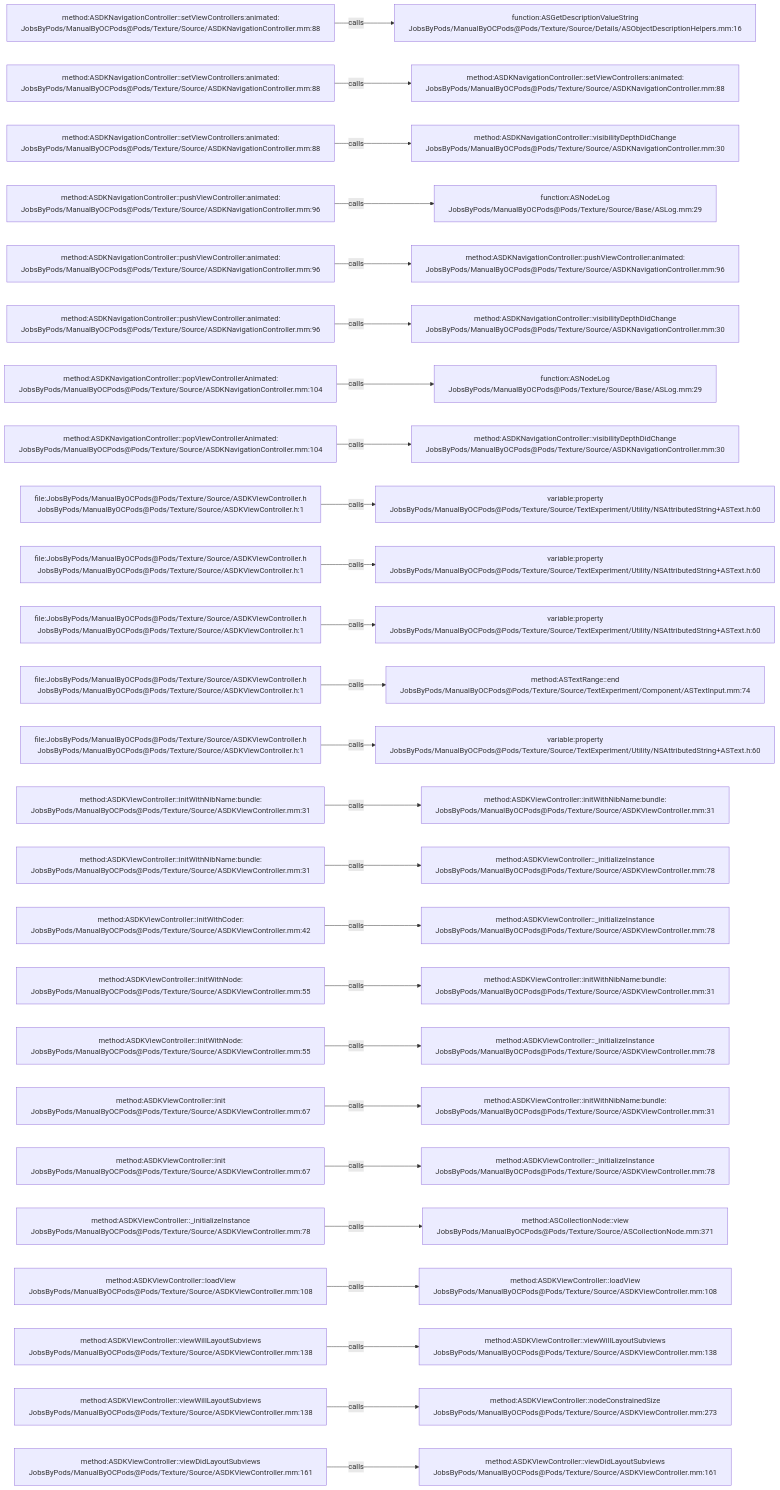
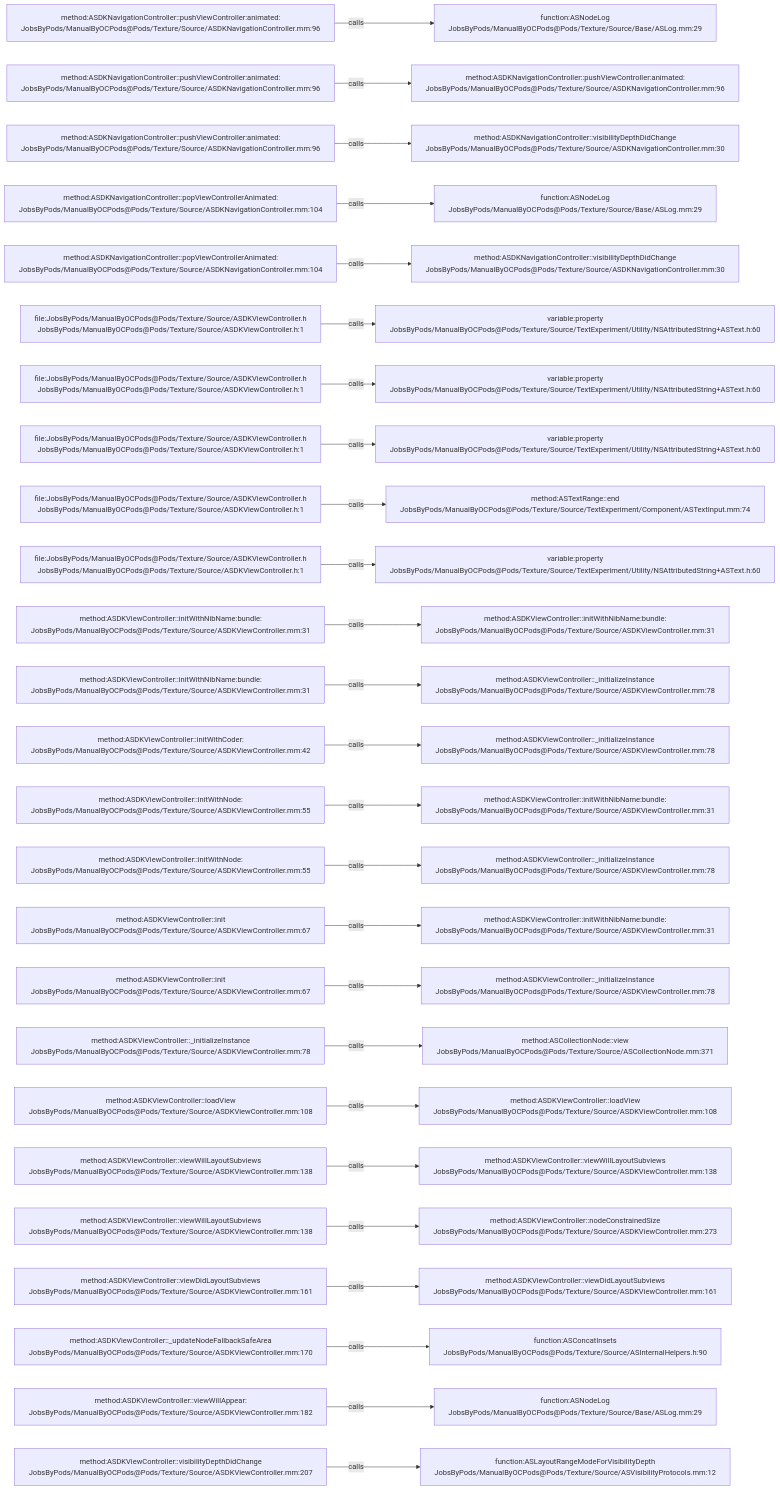
The diagram in .codegraph/codegraph.md/graphs/calls-090.md (JobsKits/JobsOCBaseConfigDemo), drawn with Mermaid before and after one commit. The commit also changed 342 other files, not shown here.

````diff
--- a/.codegraph/codegraph.md/graphs/calls-090.md
+++ b/.codegraph/codegraph.md/graphs/calls-090.md
@@ -13,78 +13,78 @@
 ```mermaid
 flowchart LR
-  S1["method:ASDKNavigationController::setViewControllers:animated:<br/>JobsByPods/ManualByOCPods@Pods/Texture/Source/ASDKNavigationController.mm:88"]
-  T1["function:ASGetDescriptionValueString<br/>JobsByPods/ManualByOCPods@Pods/Texture/Source/Details/ASObjectDescriptionHelpers.mm:16"]
+  S1["method:ASDKNavigationController::pushViewController:animated:<br/>JobsByPods/ManualByOCPods@Pods/Texture/Source/ASDKNavigationController.mm:96"]
+  T1["function:ASNodeLog<br/>JobsByPods/ManualByOCPods@Pods/Texture/Source/Base/ASLog.mm:29"]
   S1 -->|calls| T1
-  S2["method:ASDKNavigationController::setViewControllers:animated:<br/>JobsByPods/ManualByOCPods@Pods/Texture/Source/ASDKNavigationController.mm:88"]
-  T2["method:ASDKNavigationController::setViewControllers:animated:<br/>JobsByPods/ManualByOCPods@Pods/Texture/Source/ASDKNavigationController.mm:88"]
+  S2["method:ASDKNavigationController::pushViewController:animated:<br/>JobsByPods/ManualByOCPods@Pods/Texture/Source/ASDKNavigationController.mm:96"]
+  T2["method:ASDKNavigationController::pushViewController:animated:<br/>JobsByPods/ManualByOCPods@Pods/Texture/Source/ASDKNavigationController.mm:96"]
   S2 -->|calls| T2
-  S3["method:ASDKNavigationController::setViewControllers:animated:<br/>JobsByPods/ManualByOCPods@Pods/Texture/Source/ASDKNavigationController.mm:88"]
+  S3["method:ASDKNavigationController::pushViewController:animated:<br/>JobsByPods/ManualByOCPods@Pods/Texture/Source/ASDKNavigationController.mm:96"]
   T3["method:ASDKNavigationController::visibilityDepthDidChange<br/>JobsByPods/ManualByOCPods@Pods/Texture/Source/ASDKNavigationController.mm:30"]
   S3 -->|calls| T3
-  S4["method:ASDKNavigationController::pushViewController:animated:<br/>JobsByPods/ManualByOCPods@Pods/Texture/Source/ASDKNavigationController.mm:96"]
+  S4["method:ASDKNavigationController::popViewControllerAnimated:<br/>JobsByPods/ManualByOCPods@Pods/Texture/Source/ASDKNavigationController.mm:104"]
   T4["function:ASNodeLog<br/>JobsByPods/ManualByOCPods@Pods/Texture/Source/Base/ASLog.mm:29"]
   S4 -->|calls| T4
-  S5["method:ASDKNavigationController::pushViewController:animated:<br/>JobsByPods/ManualByOCPods@Pods/Texture/Source/ASDKNavigationController.mm:96"]
-  T5["method:ASDKNavigationController::pushViewController:animated:<br/>JobsByPods/ManualByOCPods@Pods/Texture/Source/ASDKNavigationController.mm:96"]
+  S5["method:ASDKNavigationController::popViewControllerAnimated:<br/>JobsByPods/ManualByOCPods@Pods/Texture/Source/ASDKNavigationController.mm:104"]
+  T5["method:ASDKNavigationController::visibilityDepthDidChange<br/>JobsByPods/ManualByOCPods@Pods/Texture/Source/ASDKNavigationController.mm:30"]
   S5 -->|calls| T5
-  S6["method:ASDKNavigationController::pushViewController:animated:<br/>JobsByPods/ManualByOCPods@Pods/Texture/Source/ASDKNavigationController.mm:96"]
-  T6["method:ASDKNavigationController::visibilityDepthDidChange<br/>JobsByPods/ManualByOCPods@Pods/Texture/Source/ASDKNavigationController.mm:30"]
+  S6["file:JobsByPods/ManualByOCPods@Pods/Texture/Source/ASDKViewController.h<br/>JobsByPods/ManualByOCPods@Pods/Texture/Source/ASDKViewController.h:1"]
+  T6["variable:property<br/>JobsByPods/ManualByOCPods@Pods/Texture/Source/TextExperiment/Utility/NSAttributedString+ASText.h:60"]
   S6 -->|calls| T6
-  S7["method:ASDKNavigationController::popViewControllerAnimated:<br/>JobsByPods/ManualByOCPods@Pods/Texture/Source/ASDKNavigationController.mm:104"]
-  T7["function:ASNodeLog<br/>JobsByPods/ManualByOCPods@Pods/Texture/Source/Base/ASLog.mm:29"]
+  S7["file:JobsByPods/ManualByOCPods@Pods/Texture/Source/ASDKViewController.h<br/>JobsByPods/ManualByOCPods@Pods/Texture/Source/ASDKViewController.h:1"]
+  T7["variable:property<br/>JobsByPods/ManualByOCPods@Pods/Texture/Source/TextExperiment/Utility/NSAttributedString+ASText.h:60"]
   S7 -->|calls| T7
-  S8["method:ASDKNavigationController::popViewControllerAnimated:<br/>JobsByPods/ManualByOCPods@Pods/Texture/Source/ASDKNavigationController.mm:104"]
-  T8["method:ASDKNavigationController::visibilityDepthDidChange<br/>JobsByPods/ManualByOCPods@Pods/Texture/Source/ASDKNavigationController.mm:30"]
+  S8["file:JobsByPods/ManualByOCPods@Pods/Texture/Source/ASDKViewController.h<br/>JobsByPods/ManualByOCPods@Pods/Texture/Source/ASDKViewController.h:1"]
+  T8["variable:property<br/>JobsByPods/ManualByOCPods@Pods/Texture/Source/TextExperiment/Utility/NSAttributedString+ASText.h:60"]
   S8 -->|calls| T8
   S9["file:JobsByPods/ManualByOCPods@Pods/Texture/Source/ASDKViewController.h<br/>JobsByPods/ManualByOCPods@Pods/Texture/Source/ASDKViewController.h:1"]
-  T9["variable:property<br/>JobsByPods/ManualByOCPods@Pods/Texture/Source/TextExperiment/Utility/NSAttributedString+ASText.h:60"]
+  T9["method:ASTextRange::end<br/>JobsByPods/ManualByOCPods@Pods/Texture/Source/TextExperiment/Component/ASTextInput.mm:74"]
   S9 -->|calls| T9
   S10["file:JobsByPods/ManualByOCPods@Pods/Texture/Source/ASDKViewController.h<br/>JobsByPods/ManualByOCPods@Pods/Texture/Source/ASDKViewController.h:1"]
   T10["variable:property<br/>JobsByPods/ManualByOCPods@Pods/Texture/Source/TextExperiment/Utility/NSAttributedString+ASText.h:60"]
   S10 -->|calls| T10
-  S11["file:JobsByPods/ManualByOCPods@Pods/Texture/Source/ASDKViewController.h<br/>JobsByPods/ManualByOCPods@Pods/Texture/Source/ASDKViewController.h:1"]
-  T11["variable:property<br/>JobsByPods/ManualByOCPods@Pods/Texture/Source/TextExperiment/Utility/NSAttributedString+ASText.h:60"]
+  S11["method:ASDKViewController::initWithNibName:bundle:<br/>JobsByPods/ManualByOCPods@Pods/Texture/Source/ASDKViewController.mm:31"]
+  T11["method:ASDKViewController::initWithNibName:bundle:<br/>JobsByPods/ManualByOCPods@Pods/Texture/Source/ASDKViewController.mm:31"]
   S11 -->|calls| T11
-  S12["file:JobsByPods/ManualByOCPods@Pods/Texture/Source/ASDKViewController.h<br/>JobsByPods/ManualByOCPods@Pods/Texture/Source/ASDKViewController.h:1"]
-  T12["method:ASTextRange::end<br/>JobsByPods/ManualByOCPods@Pods/Texture/Source/TextExperiment/Component/ASTextInput.mm:74"]
+  S12["method:ASDKViewController::initWithNibName:bundle:<br/>JobsByPods/ManualByOCPods@Pods/Texture/Source/ASDKViewController.mm:31"]
+  T12["method:ASDKViewController::_initializeInstance<br/>JobsByPods/ManualByOCPods@Pods/Texture/Source/ASDKViewController.mm:78"]
   S12 -->|calls| T12
-  S13["file:JobsByPods/ManualByOCPods@Pods/Texture/Source/ASDKViewController.h<br/>JobsByPods/ManualByOCPods@Pods/Texture/Source/ASDKViewController.h:1"]
-  T13["variable:property<br/>JobsByPods/ManualByOCPods@Pods/Texture/Source/TextExperiment/Utility/NSAttributedString+ASText.h:60"]
+  S13["method:ASDKViewController::initWithCoder:<br/>JobsByPods/ManualByOCPods@Pods/Texture/Source/ASDKViewController.mm:42"]
+  T13["method:ASDKViewController::_initializeInstance<br/>JobsByPods/ManualByOCPods@Pods/Texture/Source/ASDKViewController.mm:78"]
   S13 -->|calls| T13
-  S14["method:ASDKViewController::initWithNibName:bundle:<br/>JobsByPods/ManualByOCPods@Pods/Texture/Source/ASDKViewController.mm:31"]
+  S14["method:ASDKViewController::initWithNode:<br/>JobsByPods/ManualByOCPods@Pods/Texture/Source/ASDKViewController.mm:55"]
   T14["method:ASDKViewController::initWithNibName:bundle:<br/>JobsByPods/ManualByOCPods@Pods/Texture/Source/ASDKViewController.mm:31"]
   S14 -->|calls| T14
-  S15["method:ASDKViewController::initWithNibName:bundle:<br/>JobsByPods/ManualByOCPods@Pods/Texture/Source/ASDKViewController.mm:31"]
+  S15["method:ASDKViewController::initWithNode:<br/>JobsByPods/ManualByOCPods@Pods/Texture/Source/ASDKViewController.mm:55"]
   T15["method:ASDKViewController::_initializeInstance<br/>JobsByPods/ManualByOCPods@Pods/Texture/Source/ASDKViewController.mm:78"]
   S15 -->|calls| T15
-  S16["method:ASDKViewController::initWithCoder:<br/>JobsByPods/ManualByOCPods@Pods/Texture/Source/ASDKViewController.mm:42"]
-  T16["method:ASDKViewController::_initializeInstance<br/>JobsByPods/ManualByOCPods@Pods/Texture/Source/ASDKViewController.mm:78"]
+  S16["method:ASDKViewController::init<br/>JobsByPods/ManualByOCPods@Pods/Texture/Source/ASDKViewController.mm:67"]
+  T16["method:ASDKViewController::initWithNibName:bundle:<br/>JobsByPods/ManualByOCPods@Pods/Texture/Source/ASDKViewController.mm:31"]
   S16 -->|calls| T16
-  S17["method:ASDKViewController::initWithNode:<br/>JobsByPods/ManualByOCPods@Pods/Texture/Source/ASDKViewController.mm:55"]
-  T17["method:ASDKViewController::initWithNibName:bundle:<br/>JobsByPods/ManualByOCPods@Pods/Texture/Source/ASDKViewController.mm:31"]
+  S17["method:ASDKViewController::init<br/>JobsByPods/ManualByOCPods@Pods/Texture/Source/ASDKViewController.mm:67"]
+  T17["method:ASDKViewController::_initializeInstance<br/>JobsByPods/ManualByOCPods@Pods/Texture/Source/ASDKViewController.mm:78"]
   S17 -->|calls| T17
-  S18["method:ASDKViewController::initWithNode:<br/>JobsByPods/ManualByOCPods@Pods/Texture/Source/ASDKViewController.mm:55"]
-  T18["method:ASDKViewController::_initializeInstance<br/>JobsByPods/ManualByOCPods@Pods/Texture/Source/ASDKViewController.mm:78"]
+  S18["method:ASDKViewController::_initializeInstance<br/>JobsByPods/ManualByOCPods@Pods/Texture/Source/ASDKViewController.mm:78"]
+  T18["method:ASCollectionNode::view<br/>JobsByPods/ManualByOCPods@Pods/Texture/Source/ASCollectionNode.mm:371"]
   S18 -->|calls| T18
-  S19["method:ASDKViewController::init<br/>JobsByPods/ManualByOCPods@Pods/Texture/Source/ASDKViewController.mm:67"]
-  T19["method:ASDKViewController::initWithNibName:bundle:<br/>JobsByPods/ManualByOCPods@Pods/Texture/Source/ASDKViewController.mm:31"]
+  S19["method:ASDKViewController::loadView<br/>JobsByPods/ManualByOCPods@Pods/Texture/Source/ASDKViewController.mm:108"]
+  T19["method:ASDKViewController::loadView<br/>JobsByPods/ManualByOCPods@Pods/Texture/Source/ASDKViewController.mm:108"]
   S19 -->|calls| T19
-  S20["method:ASDKViewController::init<br/>JobsByPods/ManualByOCPods@Pods/Texture/Source/ASDKViewController.mm:67"]
-  T20["method:ASDKViewController::_initializeInstance<br/>JobsByPods/ManualByOCPods@Pods/Texture/Source/ASDKViewController.mm:78"]
+  S20["method:ASDKViewController::viewWillLayoutSubviews<br/>JobsByPods/ManualByOCPods@Pods/Texture/Source/ASDKViewController.mm:138"]
+  T20["method:ASDKViewController::viewWillLayoutSubviews<br/>JobsByPods/ManualByOCPods@Pods/Texture/Source/ASDKViewController.mm:138"]
   S20 -->|calls| T20
-  S21["method:ASDKViewController::_initializeInstance<br/>JobsByPods/ManualByOCPods@Pods/Texture/Source/ASDKViewController.mm:78"]
-  T21["method:ASCollectionNode::view<br/>JobsByPods/ManualByOCPods@Pods/Texture/Source/ASCollectionNode.mm:371"]
+  S21["method:ASDKViewController::viewWillLayoutSubviews<br/>JobsByPods/ManualByOCPods@Pods/Texture/Source/ASDKViewController.mm:138"]
+  T21["method:ASDKViewController::nodeConstrainedSize<br/>JobsByPods/ManualByOCPods@Pods/Texture/Source/ASDKViewController.mm:273"]
   S21 -->|calls| T21
-  S22["method:ASDKViewController::loadView<br/>JobsByPods/ManualByOCPods@Pods/Texture/Source/ASDKViewController.mm:108"]
-  T22["method:ASDKViewController::loadView<br/>JobsByPods/ManualByOCPods@Pods/Texture/Source/ASDKViewController.mm:108"]
+  S22["method:ASDKViewController::viewDidLayoutSubviews<br/>JobsByPods/ManualByOCPods@Pods/Texture/Source/ASDKViewController.mm:161"]
+  T22["method:ASDKViewController::viewDidLayoutSubviews<br/>JobsByPods/ManualByOCPods@Pods/Texture/Source/ASDKViewController.mm:161"]
   S22 -->|calls| T22
-  S23["method:ASDKViewController::viewWillLayoutSubviews<br/>JobsByPods/ManualByOCPods@Pods/Texture/Source/ASDKViewController.mm:138"]
-  T23["method:ASDKViewController::viewWillLayoutSubviews<br/>JobsByPods/ManualByOCPods@Pods/Texture/Source/ASDKViewController.mm:138"]
+  S23["method:ASDKViewController::_updateNodeFallbackSafeArea<br/>JobsByPods/ManualByOCPods@Pods/Texture/Source/ASDKViewController.mm:170"]
+  T23["function:ASConcatInsets<br/>JobsByPods/ManualByOCPods@Pods/Texture/Source/ASInternalHelpers.h:90"]
   S23 -->|calls| T23
-  S24["method:ASDKViewController::viewWillLayoutSubviews<br/>JobsByPods/ManualByOCPods@Pods/Texture/Source/ASDKViewController.mm:138"]
-  T24["method:ASDKViewController::nodeConstrainedSize<br/>JobsByPods/ManualByOCPods@Pods/Texture/Source/ASDKViewController.mm:273"]
+  S24["method:ASDKViewController::viewWillAppear:<br/>JobsByPods/ManualByOCPods@Pods/Texture/Source/ASDKViewController.mm:182"]
+  T24["function:ASNodeLog<br/>JobsByPods/ManualByOCPods@Pods/Texture/Source/Base/ASLog.mm:29"]
   S24 -->|calls| T24
-  S25["method:ASDKViewController::viewDidLayoutSubviews<br/>JobsByPods/ManualByOCPods@Pods/Texture/Source/ASDKViewController.mm:161"]
-  T25["method:ASDKViewController::viewDidLayoutSubviews<br/>JobsByPods/ManualByOCPods@Pods/Texture/Source/ASDKViewController.mm:161"]
+  S25["method:ASDKViewController::visibilityDepthDidChange<br/>JobsByPods/ManualByOCPods@Pods/Texture/Source/ASDKViewController.mm:207"]
+  T25["function:ASLayoutRangeModeForVisibilityDepth<br/>JobsByPods/ManualByOCPods@Pods/Texture/Source/ASVisibilityProtocols.mm:12"]
   S25 -->|calls| T25
 ```
````
